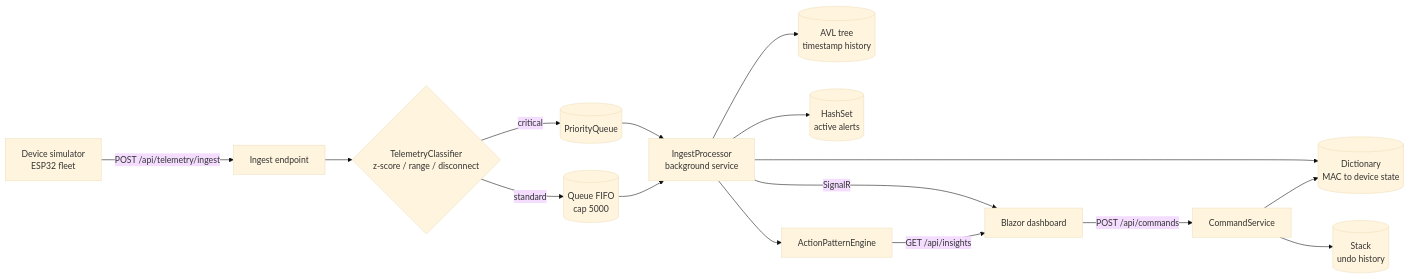
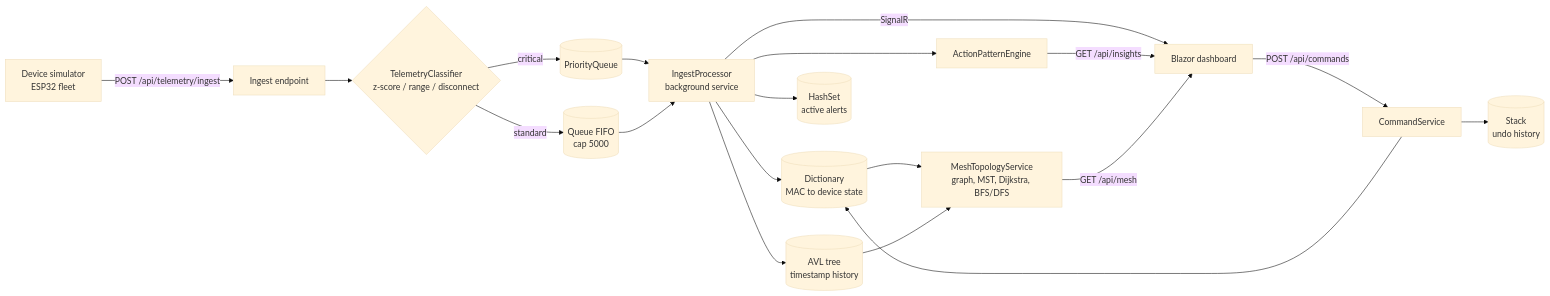
The diagram in README.md (VanNiekerkJoe/PROG7312st10445055part1), drawn with Mermaid (base theme) before and after one commit. The commit also changed other lines of this file, not shown here.

````diff
--- a/README.md
+++ b/README.md
@@ -83,18 +198,21 @@
 ```mermaid
 flowchart LR
     SIM[Device simulator<br/>ESP32 fleet] -->|POST /api/telemetry/ingest| EP[Ingest endpoint]
     EP --> CLS{TelemetryClassifier<br/>z-score / range / disconnect}
     CLS -->|critical| PQ[(PriorityQueue)]
     CLS -->|standard| Q[(Queue FIFO<br/>cap 5000)]
     PQ --> PROC[IngestProcessor<br/>background service]
     Q --> PROC
     PROC --> DS[(Dictionary<br/>MAC to device state)]
     PROC --> SH[(AVL tree<br/>timestamp history)]
     PROC --> HS[(HashSet<br/>active alerts)]
     PROC --> PE[ActionPatternEngine]
     PROC -->|SignalR| UI[Blazor dashboard]
     UI -->|POST /api/commands| CMD[CommandService]
     CMD --> ST[(Stack<br/>undo history)]
     CMD --> DS
     PE -->|GET /api/insights| UI
+    DS --> MESH[MeshTopologyService<br/>graph, MST, Dijkstra, BFS/DFS]
+    SH --> MESH
+    MESH -->|GET /api/mesh| UI
 ```
````
